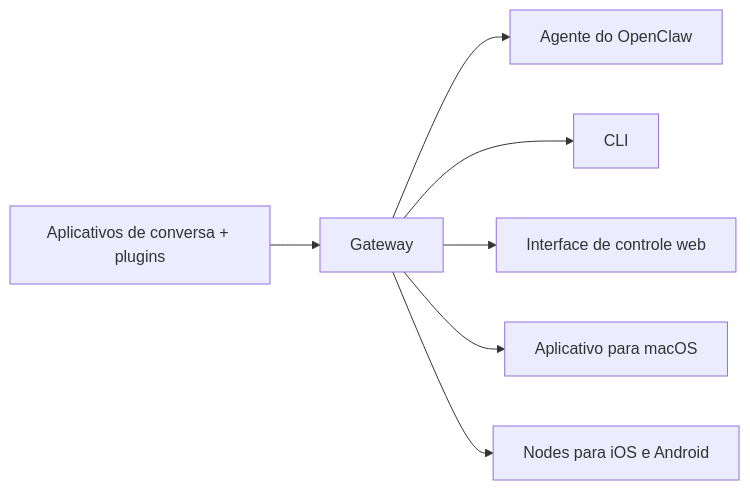
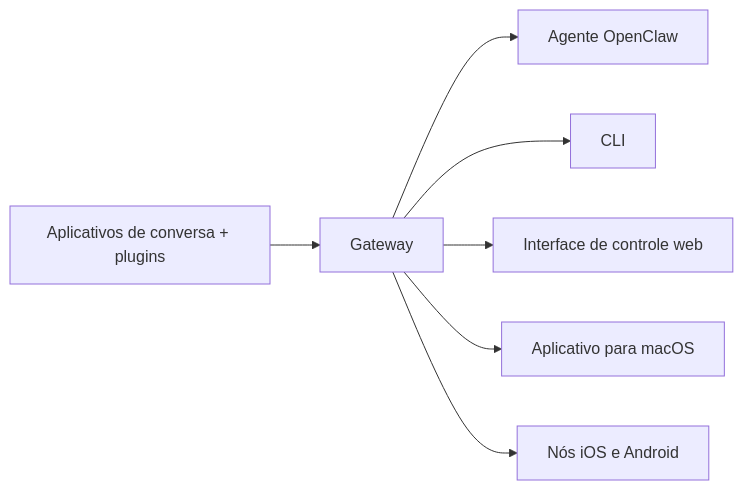
Before and after one commit to openclaw/docs: the diagram in docs/pt-BR/index.md, drawn with Mermaid. The commit also changed other lines of this file and 11240 other files, not shown here.

````diff
--- a/docs/pt-BR/index.md
+++ b/docs/pt-BR/index.md
@@ -114,9 +113,9 @@
 ```mermaid
 flowchart LR
   A["Aplicativos de conversa + plugins"] --> B["Gateway"]
-  B --> C["Agente do OpenClaw"]
+  B --> C["Agente OpenClaw"]
   B --> D["CLI"]
   B --> E["Interface de controle web"]
   B --> F["Aplicativo para macOS"]
-  B --> G["Nodes para iOS e Android"]
+  B --> G["Nós iOS e Android"]
 ```
````
